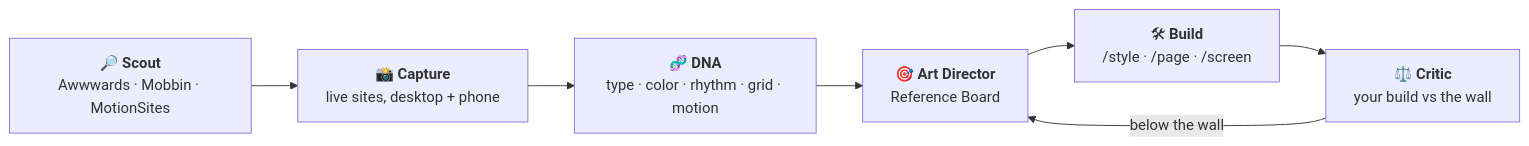
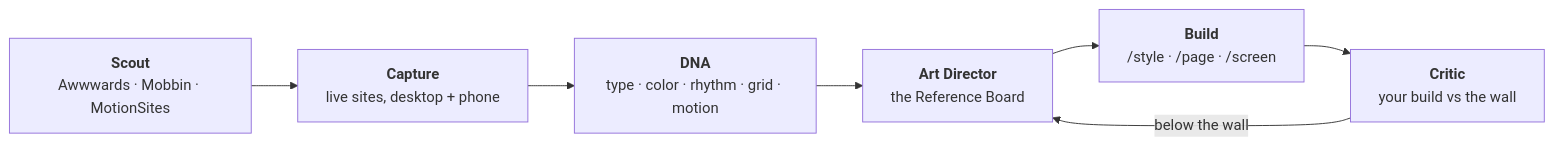
The diagram in README.md (phazurlabs/sumi), drawn with Mermaid before and after one commit. The commit also changed other lines of this file and 21 other files, not shown here.

````diff
--- a/README.md
+++ b/README.md
@@ -65,9 +98,9 @@
 ```mermaid
 flowchart LR
-    A["🔎 <b>Scout</b><br/>Awwwards · Mobbin · MotionSites"] --> B["📸 <b>Capture</b><br/>live sites, desktop + phone"]
-    B --> C["🧬 <b>DNA</b><br/>type · color · rhythm · grid · motion"]
-    C --> D["🎯 <b>Art Director</b><br/>Reference Board"]
-    D --> E["🛠 <b>Build</b><br/>/style · /page · /screen"]
-    E --> F["⚖️ <b>Critic</b><br/>your build vs the wall"]
+    A["<b>Scout</b><br/>Awwwards · Mobbin · MotionSites"] --> B["<b>Capture</b><br/>live sites, desktop + phone"]
+    B --> C["<b>DNA</b><br/>type · color · rhythm · grid · motion"]
+    C --> D["<b>Art Director</b><br/>the Reference Board"]
+    D --> E["<b>Build</b><br/>/style · /page · /screen"]
+    E --> F["<b>Critic</b><br/>your build vs the wall"]
     F -- below the wall --> D
 ```
````
